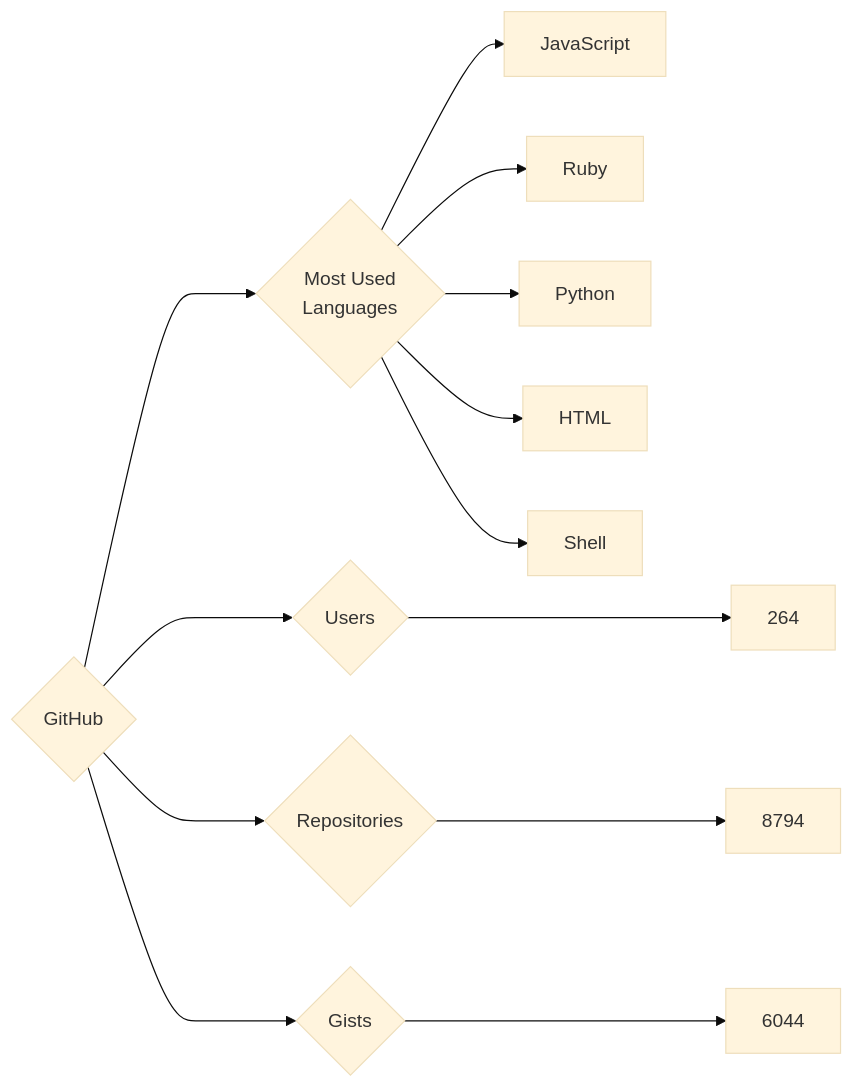
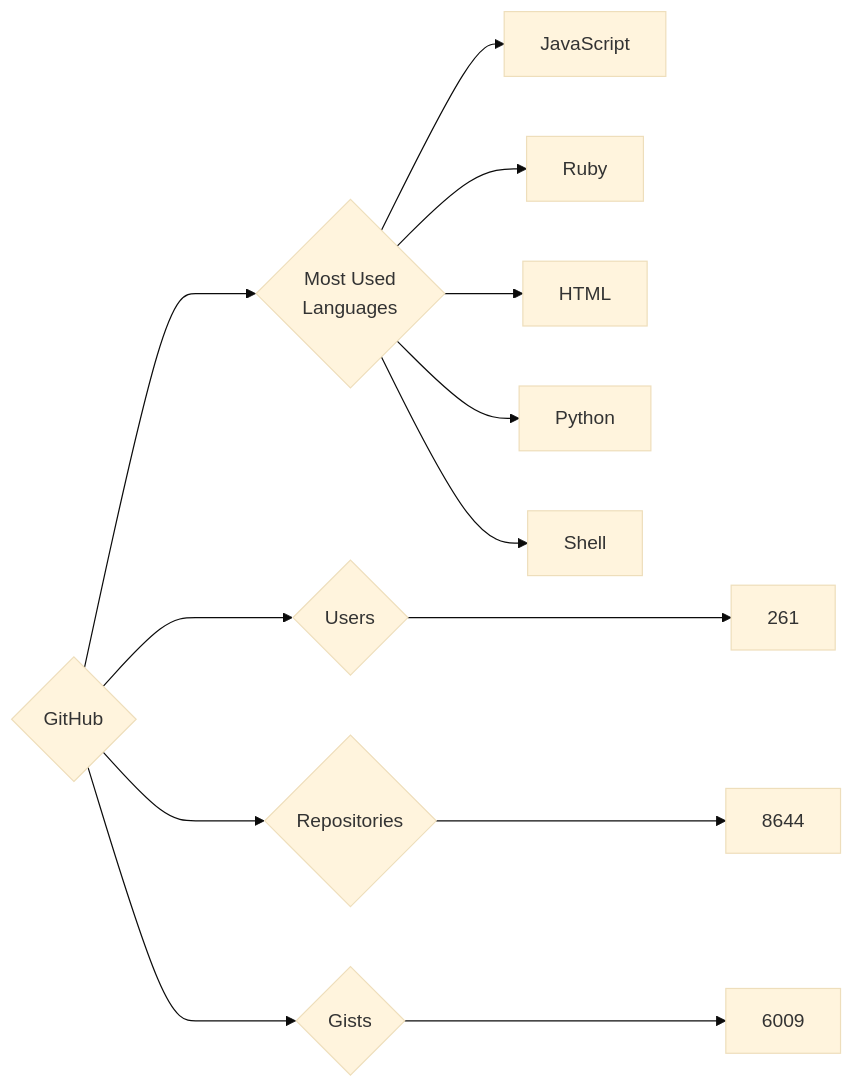
Before and after one commit to trickest/insiders: the diagram in targets/GitHub/README.md, drawn with Mermaid (base theme). The commit also changed 953 other files, not shown here.

````diff
--- a/targets/GitHub/README.md
+++ b/targets/GitHub/README.md
@@ -3,13 +3,13 @@
 ```mermaid
 graph LR
 COMPANY_NAME{GitHub}
-COMPANY_NAME ---> U{Users} ---> UN[264]
-COMPANY_NAME ---> R{Repositories} ---> RN[8794]
-COMPANY_NAME ---> G{Gists} ---> GN[6044]
+COMPANY_NAME ---> U{Users} ---> UN[261]
+COMPANY_NAME ---> R{Repositories} ---> RN[8644]
+COMPANY_NAME ---> G{Gists} ---> GN[6009]
 COMPANY_NAME ---> ML{Most Used<br>Languages}
 ML --> JavaScript[JavaScript]
 ML --> Ruby[Ruby]
+ML --> HTML[HTML]
 ML --> Python[Python]
-ML --> HTML[HTML]
 ML --> Shell[Shell]
 ```
````
